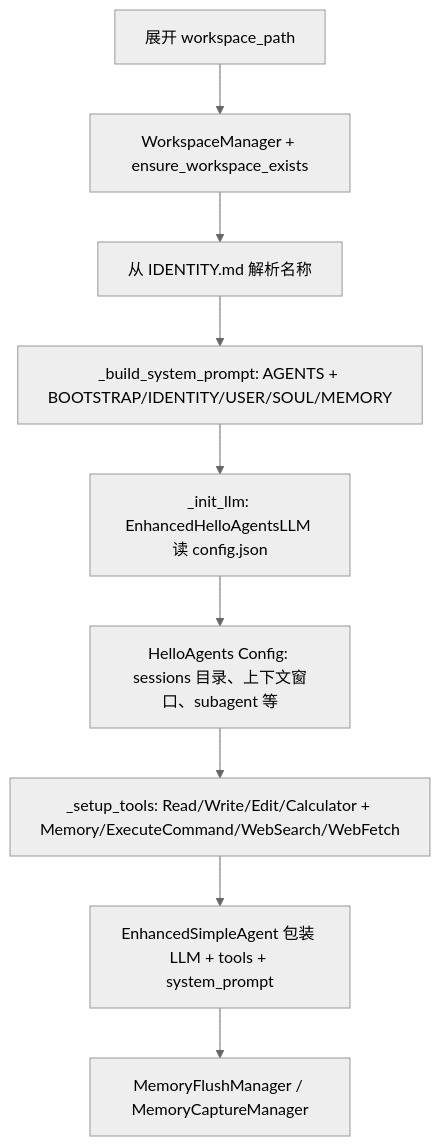
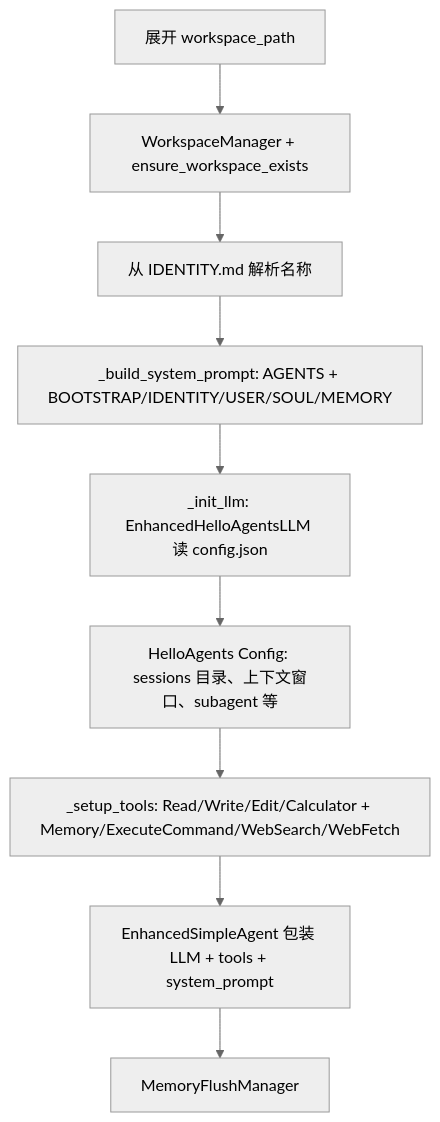
Before and after one commit to promisestar/MyClaw: the third of 8 diagrams in docs/MyClaw实现详解/MyClaw_workflow分析与说明.md, drawn with Mermaid (neutral theme). The commit also changed other lines of this file and 15 other files, not shown here.

````diff
--- a/docs/MyClaw实现详解/MyClaw_workflow分析与说明.md
+++ b/docs/MyClaw实现详解/MyClaw_workflow分析与说明.md
@@ -69,11 +69,11 @@
 ```mermaid
 flowchart TB
     H1[展开 workspace_path] --> H2[WorkspaceManager + ensure_workspace_exists]
     H2 --> H3[从 IDENTITY.md 解析名称]
     H3 --> H4[_build_system_prompt: AGENTS + BOOTSTRAP/IDENTITY/USER/SOUL/MEMORY]
     H4 --> H5[_init_llm: EnhancedHelloAgentsLLM 读 config.json]
     H5 --> H6[HelloAgents Config: sessions 目录、上下文窗口、subagent 等]
     H6 --> H7[_setup_tools: Read/Write/Edit/Calculator + Memory/ExecuteCommand/WebSearch/WebFetch]
     H7 --> H8[EnhancedSimpleAgent 包装 LLM + tools + system_prompt]
-    H8 --> H9[MemoryFlushManager / MemoryCaptureManager]
+    H8 --> H9[MemoryFlushManager]
 ```
````
